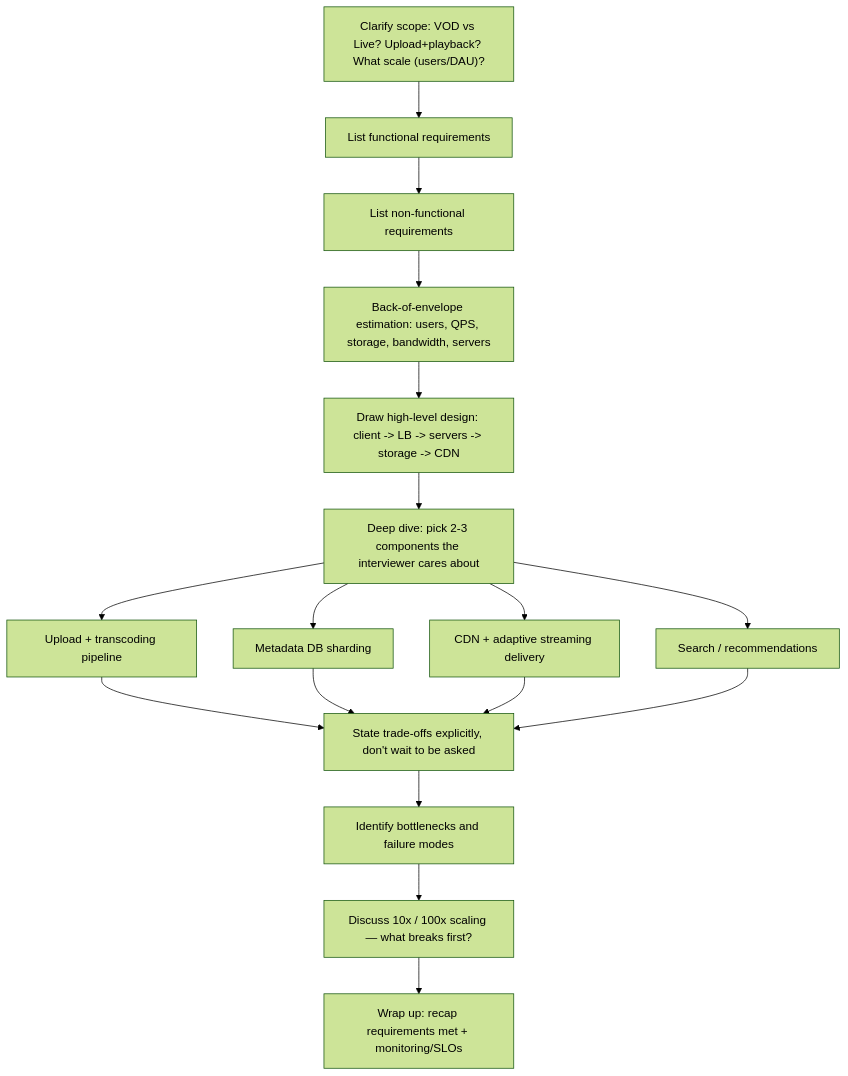
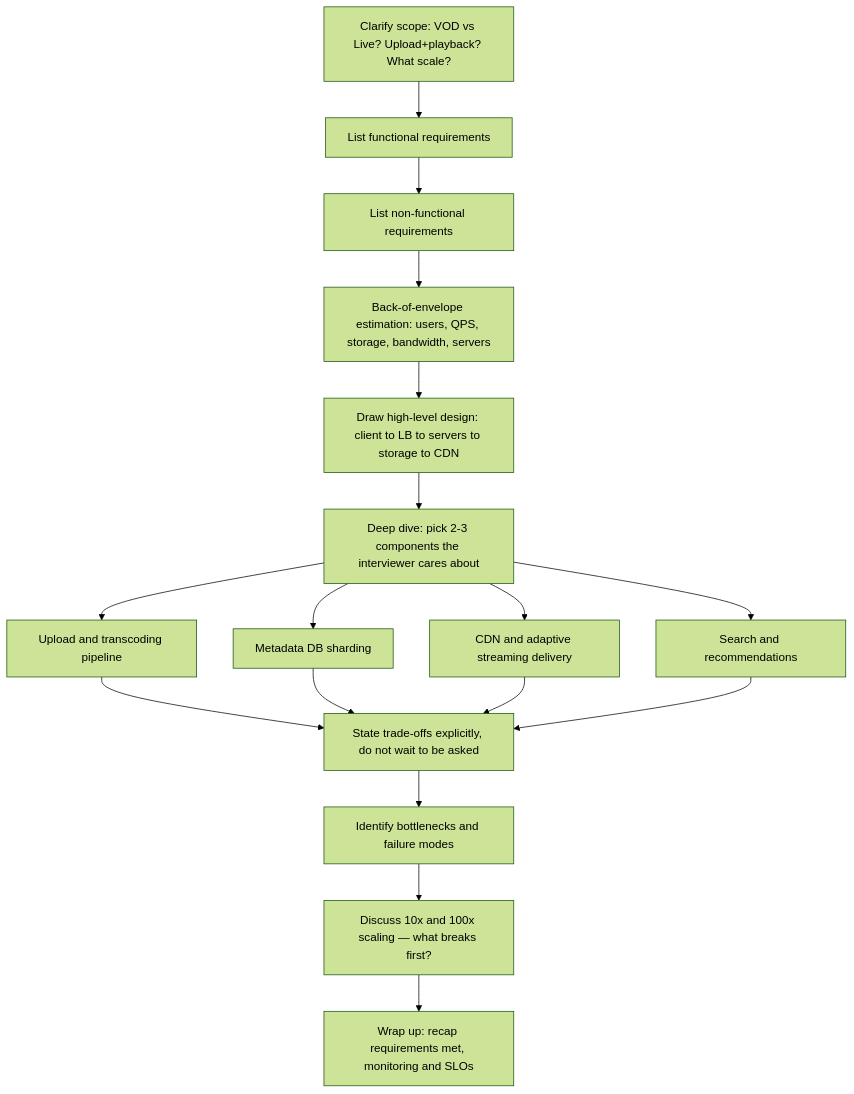
One commit to riyaz-pasha/Learnings changed the first of 24 diagrams in system-design/HLD/0-course/26-Design YouTube-FAANG-Guide.md. Above: the diagram before and after it, drawn with Mermaid (forest theme). The commit also changed other lines of this file and 1 other file, not shown here.

Commit message:
docs: simplify language and clean up mermaid diagrams in YouTube design guide

````diff
--- a/system-design/HLD/0-course/26-Design YouTube-FAANG-Guide.md
+++ b/system-design/HLD/0-course/26-Design YouTube-FAANG-Guide.md
@@ -22,19 +32,28 @@
 ```mermaid
 flowchart TD
-    A["Clarify scope: VOD vs Live? Upload+playback? What scale (users/DAU)?"] --> B[List functional requirements]
-    B --> C[List non-functional requirements]
-    C --> D["Back-of-envelope estimation: users, QPS, storage, bandwidth, servers"]
-    D --> E["Draw high-level design: client -> LB -> servers -> storage -> CDN"]
-    E --> F["Deep dive: pick 2-3 components the interviewer cares about"]
-    F --> F1[Upload + transcoding pipeline]
-    F --> F2[Metadata DB sharding]
-    F --> F3[CDN + adaptive streaming delivery]
-    F --> F4[Search / recommendations]
-    F1 --> G[State trade-offs explicitly, don't wait to be asked]
+    A["Clarify scope: VOD vs Live? Upload+playback? What scale?"]
+    B["List functional requirements"]
+    C["List non-functional requirements"]
+    D["Back-of-envelope estimation: users, QPS, storage, bandwidth, servers"]
+    E["Draw high-level design: client to LB to servers to storage to CDN"]
+    F["Deep dive: pick 2-3 components the interviewer cares about"]
+    F1["Upload and transcoding pipeline"]
+    F2["Metadata DB sharding"]
+    F3["CDN and adaptive streaming delivery"]
+    F4["Search and recommendations"]
+    G["State trade-offs explicitly, do not wait to be asked"]
+    H["Identify bottlenecks and failure modes"]
+    I["Discuss 10x and 100x scaling — what breaks first?"]
+    J["Wrap up: recap requirements met, monitoring and SLOs"]
+
+    A --> B --> C --> D --> E --> F
+    F --> F1
+    F --> F2
+    F --> F3
+    F --> F4
+    F1 --> G
     F2 --> G
     F3 --> G
     F4 --> G
-    G --> H[Identify bottlenecks and failure modes]
-    H --> I["Discuss 10x / 100x scaling — what breaks first?"]
-    I --> J["Wrap up: recap requirements met + monitoring/SLOs"]
+    G --> H --> I --> J
 ```
````
